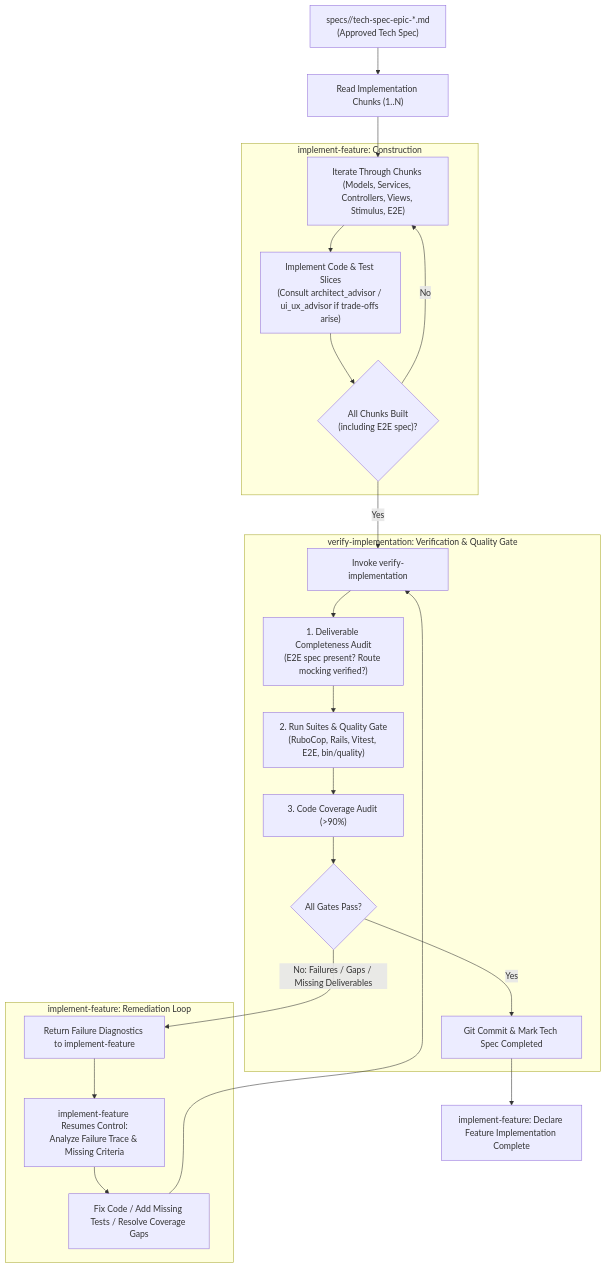
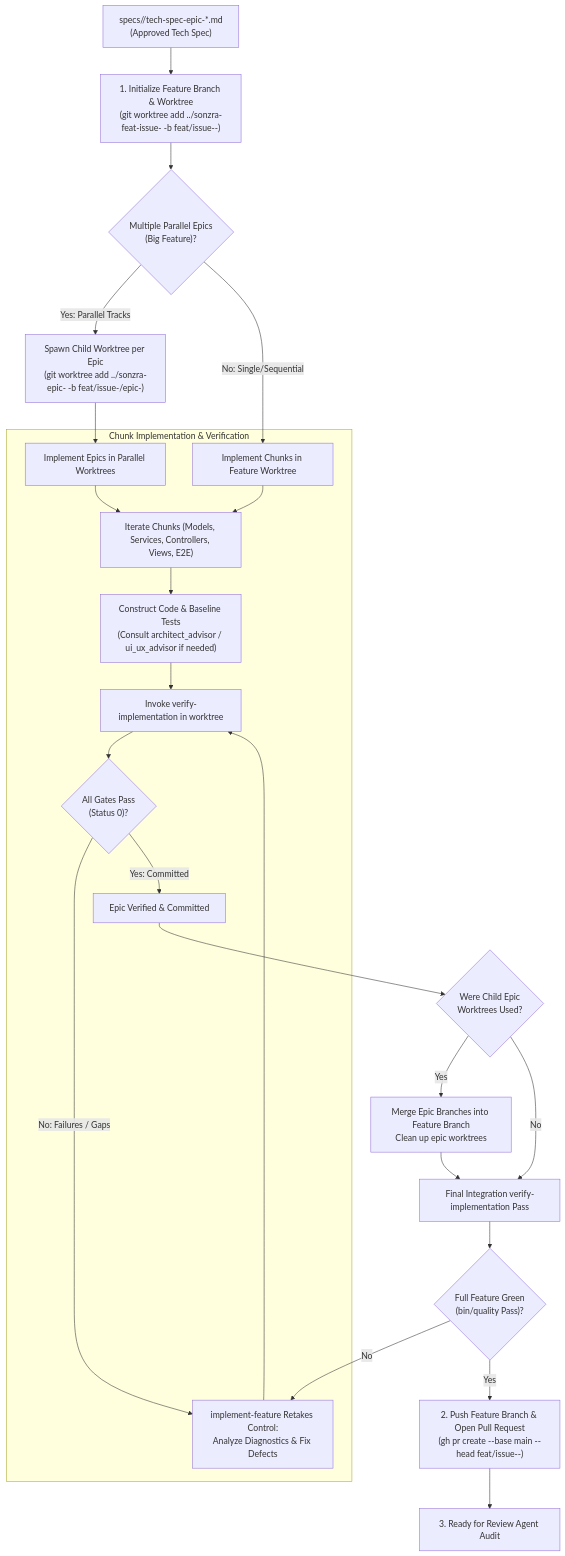
Before and after one commit to sonzra/sonzra: the diagram in .agents/skills/implement-feature/SKILL.md, drawn with Mermaid. The commit also changed other lines of this file, not shown here.

Commit message:
feat(skills): add worktree management, parallel epic branching, and mandatory PR creation to implement-feature

````diff
--- a/.agents/skills/implement-feature/SKILL.md
+++ b/.agents/skills/implement-feature/SKILL.md
@@ -19,31 +18,32 @@
 ```mermaid
 flowchart TD
-    TechSpec["specs/<issue-number>/tech-spec-epic-*.md\n(Approved Tech Spec)"] --> ReadChunks["Read Implementation Chunks (1..N)"]
-    ReadChunks --> ChunkLoop["Iterate Through Chunks (Models, Services, Controllers, Views, Stimulus, E2E)"]
+    TechSpec["specs/<issue-number>/tech-spec-epic-*.md\n(Approved Tech Spec)"] --> InitWorktree["1. Initialize Feature Branch & Worktree\n(git worktree add ../sonzra-feat-issue-<N> -b feat/issue-<N>-<slug>)"]
+    InitWorktree --> CheckParallel{"Multiple Parallel Epics\n(Big Feature)?"}
     
-    subgraph ImplementationPhase["implement-feature: Construction"]
-        ChunkLoop --> BuildCode["Implement Code & Test Slices\n(Consult architect_advisor / ui_ux_advisor if trade-offs arise)"]
-        BuildCode --> ChunksDone{"All Chunks Built\n(including E2E spec)?"}
-        ChunksDone -->|No| ChunkLoop
+    CheckParallel -->|Yes: Parallel Tracks| SpawnEpicWorktrees["Spawn Child Worktree per Epic\n(git worktree add ../sonzra-epic-<E> -b feat/issue-<N>/epic-<E>)"]
+    SpawnEpicWorktrees --> ExecParallel["Implement Epics in Parallel Worktrees"]
+    
+    CheckParallel -->|No: Single/Sequential| ExecSingle["Implement Chunks in Feature Worktree"]
+    
+    subgraph EpicExecution["Chunk Implementation & Verification"]
+        ExecParallel --> ChunkLoop["Iterate Chunks (Models, Services, Controllers, Views, E2E)"]
+        ExecSingle --> ChunkLoop
+        ChunkLoop --> BuildCode["Construct Code & Baseline Tests\n(Consult architect_advisor / ui_ux_advisor if needed)"]
+        BuildCode --> CallVerify["Invoke verify-implementation in worktree"]
+        
+        CallVerify --> VerifyGate{"All Gates Pass\n(Status 0)?"}
+        VerifyGate -->|No: Failures / Gaps| Remediation["implement-feature Retakes Control:\nAnalyze Diagnostics & Fix Defects"]
+        Remediation --> CallVerify
+        VerifyGate -->|Yes: Committed| EpicDone["Epic Verified & Committed"]
     end
     
-    ChunksDone -->|Yes| CallVerify["Invoke verify-implementation"]
+    EpicDone --> MergeEpics{"Were Child Epic\nWorktrees Used?"}
+    MergeEpics -->|Yes| Integrate["Merge Epic Branches into Feature Branch\nClean up epic worktrees"]
+    MergeEpics -->|No| FinalVerify["Final Integration verify-implementation Pass"]
+    Integrate --> FinalVerify
     
-    subgraph VerificationGate["verify-implementation: Verification & Quality Gate"]
-        CallVerify --> AuditDeliverables["1. Deliverable Completeness Audit\n(E2E spec present? Route mocking verified?)"]
-        AuditDeliverables --> RunSuites["2. Run Suites & Quality Gate\n(RuboCop, Rails, Vitest, E2E, bin/quality)"]
-        RunSuites --> AuditCoverage["3. Code Coverage Audit (>90%)"]
-        AuditCoverage --> GateDecision{"All Gates Pass?"}
-        GateDecision -->|Yes| CommitWork["Git Commit & Mark Tech Spec Completed"]
-    end
-    
-    GateDecision -->|No: Failures / Gaps / Missing Deliverables| ReturnFailure["Return Failure Diagnostics to implement-feature"]
-    
-    subgraph RemediationLoop["implement-feature: Remediation Loop"]
-        ReturnFailure --> AnalyzeDiagnostics["implement-feature Resumes Control:\nAnalyze Failure Trace & Missing Criteria"]
-        AnalyzeDiagnostics --> FixDefects["Fix Code / Add Missing Tests / Resolve Coverage Gaps"]
-        FixDefects --> CallVerify
-    end
-    
-    CommitWork --> Complete["implement-feature: Declare Feature Implementation Complete"]
+    FinalVerify --> FinalCheck{"Full Feature Green\n(bin/quality Pass)?"}
+    FinalCheck -->|No| Remediation
+    FinalCheck -->|Yes| PushPR["2. Push Feature Branch & Open Pull Request\n(gh pr create --base main --head feat/issue-<N>-<slug>)"]
+    PushPR --> ReviewHandoff["3. Ready for Review Agent Audit"]
 ```
````
